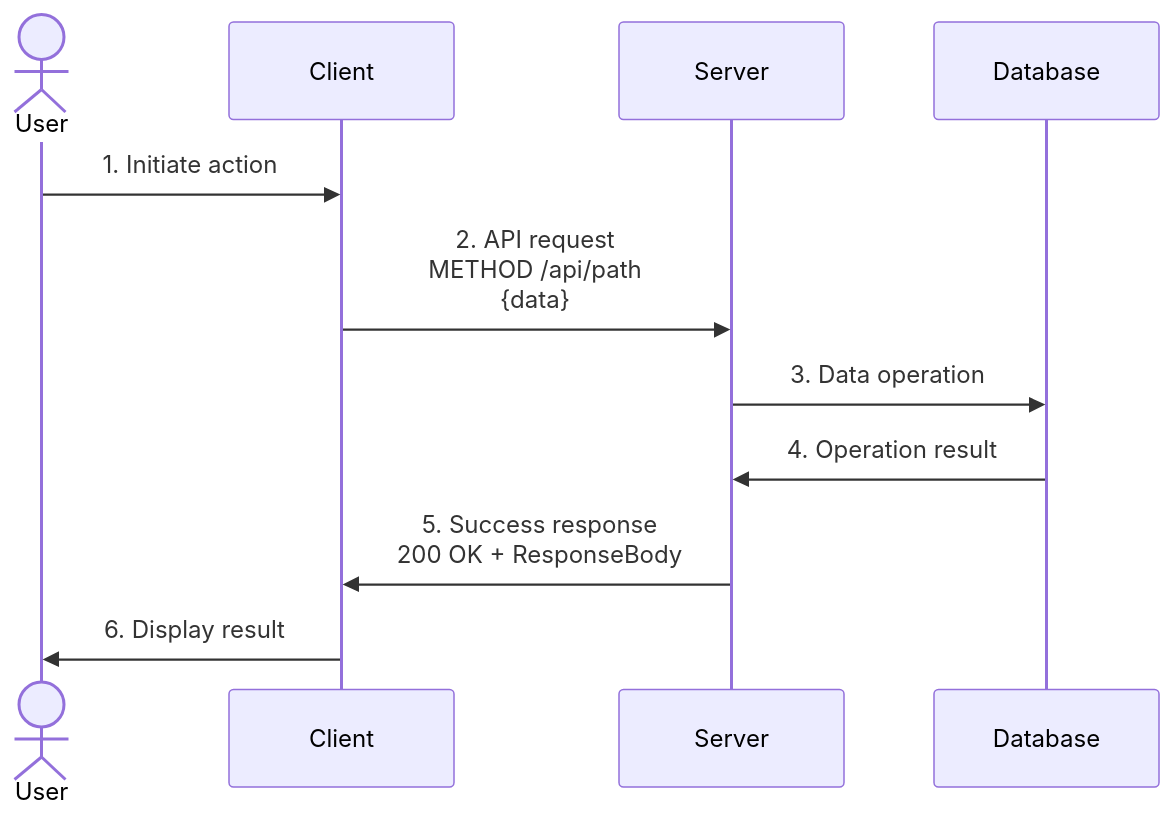
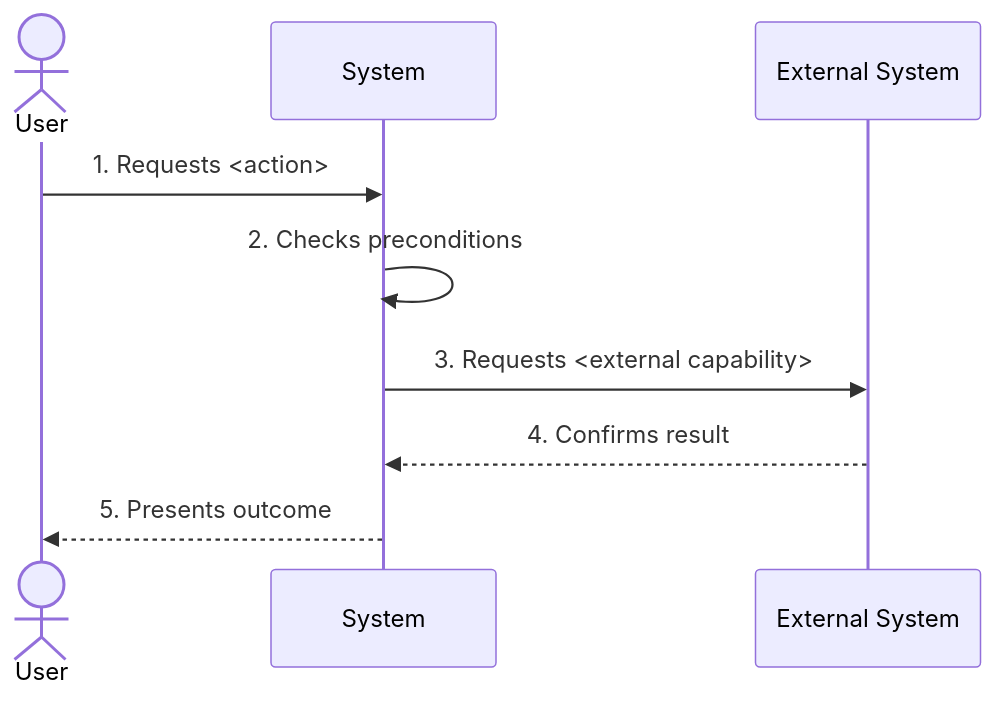
The fourth of 4 diagrams in dev-docs-plugin/templates/planning/use-case.md (ywj3493/claude-skills), drawn with Mermaid before and after one commit. The commit also changed other lines of this file and 14 other files, not shown here.

````diff
--- a/dev-docs-plugin/templates/planning/use-case.md
+++ b/dev-docs-plugin/templates/planning/use-case.md
@@ -214,14 +217,12 @@
 ```mermaid
 sequenceDiagram
     actor User as User
-    participant Client as Client
-    participant Server as Server
-    participant DB as Database
+    participant System as System
+    participant Ext as External System
 
-    User->>Client: 1. Initiate action
-    Client->>Server: 2. API request<br/>METHOD /api/path<br/>{data}
-    Server->>DB: 3. Data operation
-    DB->>Server: 4. Operation result
-    Server->>Client: 5. Success response<br/>200 OK + ResponseBody
-    Client->>User: 6. Display result
+    User->>System: 1. Requests <action>
+    System->>System: 2. Checks preconditions
+    System->>Ext: 3. Requests <external capability>
+    Ext-->>System: 4. Confirms result
+    System-->>User: 5. Presents outcome
 ```
````
